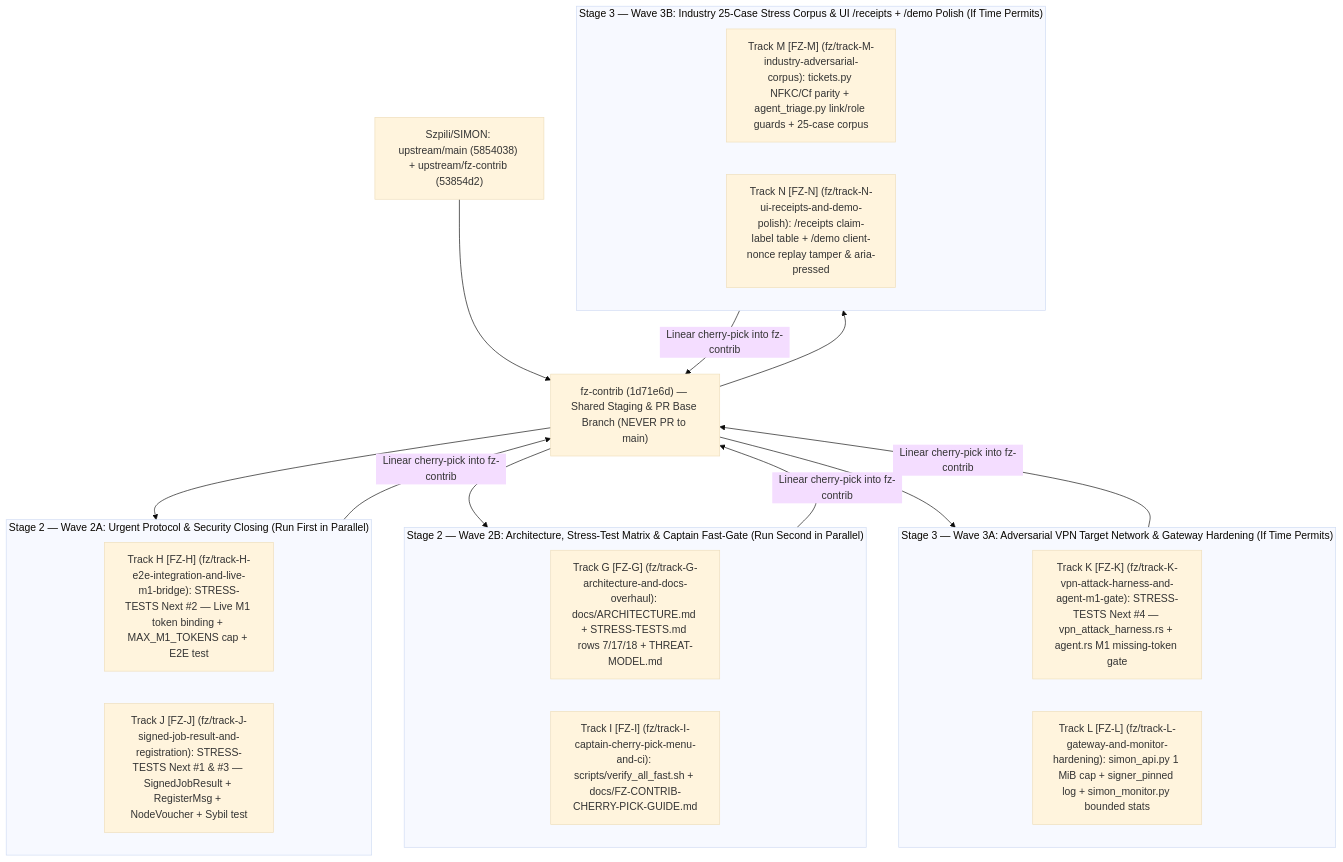
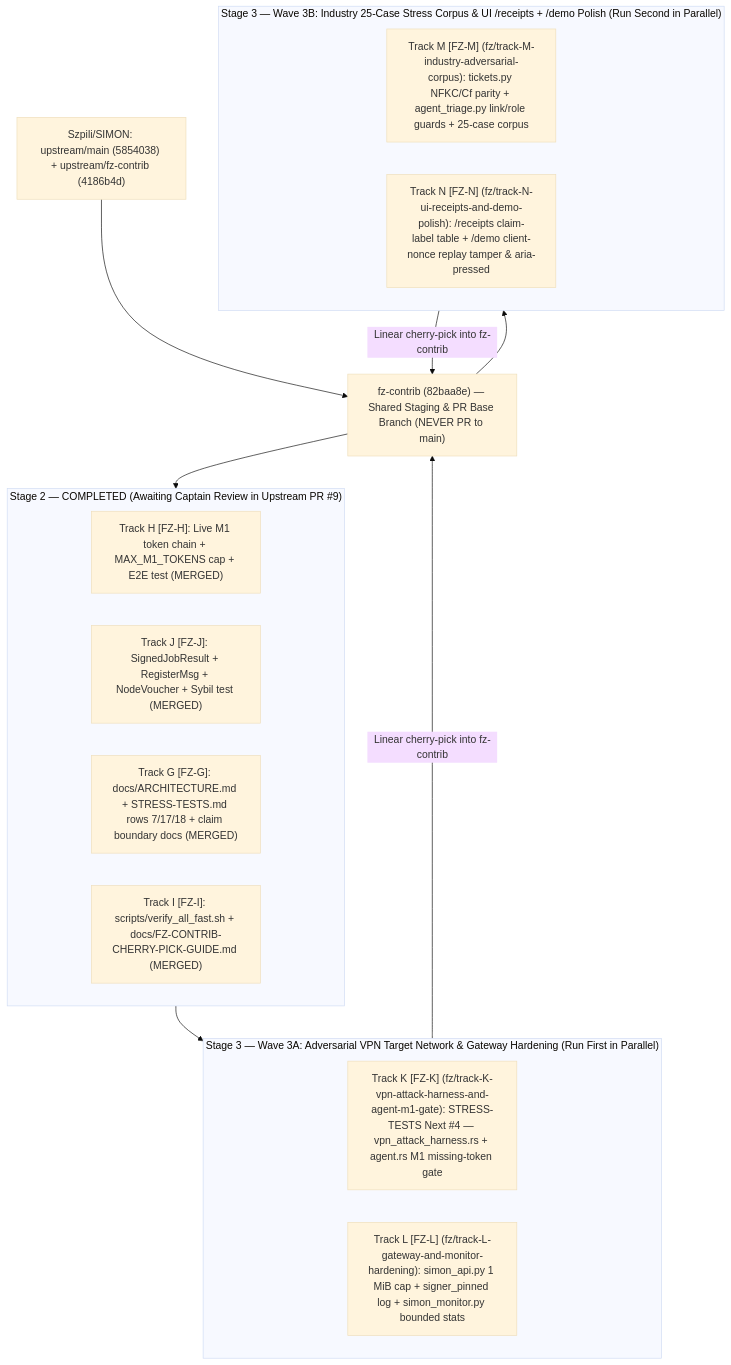
One commit to filipzarzynski/SIMPN_ARGON_HANDOWER changed the diagram in parallel_agents/ORCHESTRATOR_GUIDE.md. Above: the diagram before and after it, drawn with Mermaid (base theme). The commit also changed other lines of this file and 8 other files, not shown here.

Commit message:
docs(handover): align roadmap, architecture briefs, and agent orchestrator for Stage 2 completion in PR #9 and Stage 3 readiness off 82baa8e

````diff
--- a/parallel_agents/ORCHESTRATOR_GUIDE.md
+++ b/parallel_agents/ORCHESTRATOR_GUIDE.md
@@ -23,35 +18,29 @@
 ```mermaid
 flowchart TD
-    Main["Szpili/SIMON: upstream/main (5854038) + upstream/fz-contrib (53854d2)"]
-    FZ["fz-contrib (1d71e6d) — Shared Staging & PR Base Branch (NEVER PR to main)"]
+    Main["Szpili/SIMON: upstream/main (5854038) + upstream/fz-contrib (4186b4d)"]
+    FZ["fz-contrib (82baa8e) — Shared Staging & PR Base Branch (NEVER PR to main)"]
     Main --> FZ
 
-    subgraph Wave2A["Stage 2 — Wave 2A: Urgent Protocol & Security Closing (Run First in Parallel)"]
-        TH["Track H [FZ-H] (fz/track-H-e2e-integration-and-live-m1-bridge): STRESS-TESTS Next #2 — Live M1 token binding + MAX_M1_TOKENS cap + E2E test"]
-        TJ["Track J [FZ-J] (fz/track-J-signed-job-result-and-registration): STRESS-TESTS Next #1 & #3 — SignedJobResult + RegisterMsg + NodeVoucher + Sybil test"]
+    subgraph Wave2["Stage 2 — COMPLETED (Awaiting Captain Review in Upstream PR #9)"]
+        TH["Track H [FZ-H]: Live M1 token chain + MAX_M1_TOKENS cap + E2E test (MERGED)"]
+        TJ["Track J [FZ-J]: SignedJobResult + RegisterMsg + NodeVoucher + Sybil test (MERGED)"]
+        TG["Track G [FZ-G]: docs/ARCHITECTURE.md + STRESS-TESTS.md rows 7/17/18 + claim boundary docs (MERGED)"]
+        TI["Track I [FZ-I]: scripts/verify_all_fast.sh + docs/FZ-CONTRIB-CHERRY-PICK-GUIDE.md (MERGED)"]
     end
 
-    subgraph Wave2B["Stage 2 — Wave 2B: Architecture, Stress-Test Matrix & Captain Fast-Gate (Run Second in Parallel)"]
-        TG["Track G [FZ-G] (fz/track-G-architecture-and-docs-overhaul): docs/ARCHITECTURE.md + STRESS-TESTS.md rows 7/17/18 + THREAT-MODEL.md"]
-        TI["Track I [FZ-I] (fz/track-I-captain-cherry-pick-menu-and-ci): scripts/verify_all_fast.sh + docs/FZ-CONTRIB-CHERRY-PICK-GUIDE.md"]
-    end
-
-    subgraph Wave3A["Stage 3 — Wave 3A: Adversarial VPN Target Network & Gateway Hardening (If Time Permits)"]
+    subgraph Wave3A["Stage 3 — Wave 3A: Adversarial VPN Target Network & Gateway Hardening (Run First in Parallel)"]
         TK["Track K [FZ-K] (fz/track-K-vpn-attack-harness-and-agent-m1-gate): STRESS-TESTS Next #4 — vpn_attack_harness.rs + agent.rs M1 missing-token gate"]
         TL["Track L [FZ-L] (fz/track-L-gateway-and-monitor-hardening): simon_api.py 1 MiB cap + signer_pinned log + simon_monitor.py bounded stats"]
     end
 
-    subgraph Wave3B["Stage 3 — Wave 3B: Industry 25-Case Stress Corpus & UI /receipts + /demo Polish (If Time Permits)"]
+    subgraph Wave3B["Stage 3 — Wave 3B: Industry 25-Case Stress Corpus & UI /receipts + /demo Polish (Run Second in Parallel)"]
         TM["Track M [FZ-M] (fz/track-M-industry-adversarial-corpus): tickets.py NFKC/Cf parity + agent_triage.py link/role guards + 25-case corpus"]
         TN["Track N [FZ-N] (fz/track-N-ui-receipts-and-demo-polish): /receipts claim-label table + /demo client-nonce replay tamper & aria-pressed"]
     end
 
-    FZ --> Wave2A
-    Wave2A -->|"Linear cherry-pick into fz-contrib"| FZ
-    FZ --> Wave2B
-    Wave2B -->|"Linear cherry-pick into fz-contrib"| FZ
-    FZ --> Wave3A
+    FZ --> Wave2
+    Wave2 --> Wave3A
     Wave3A -->|"Linear cherry-pick into fz-contrib"| FZ
     FZ --> Wave3B
     Wave3B -->|"Linear cherry-pick into fz-contrib"| FZ
 ```
````
